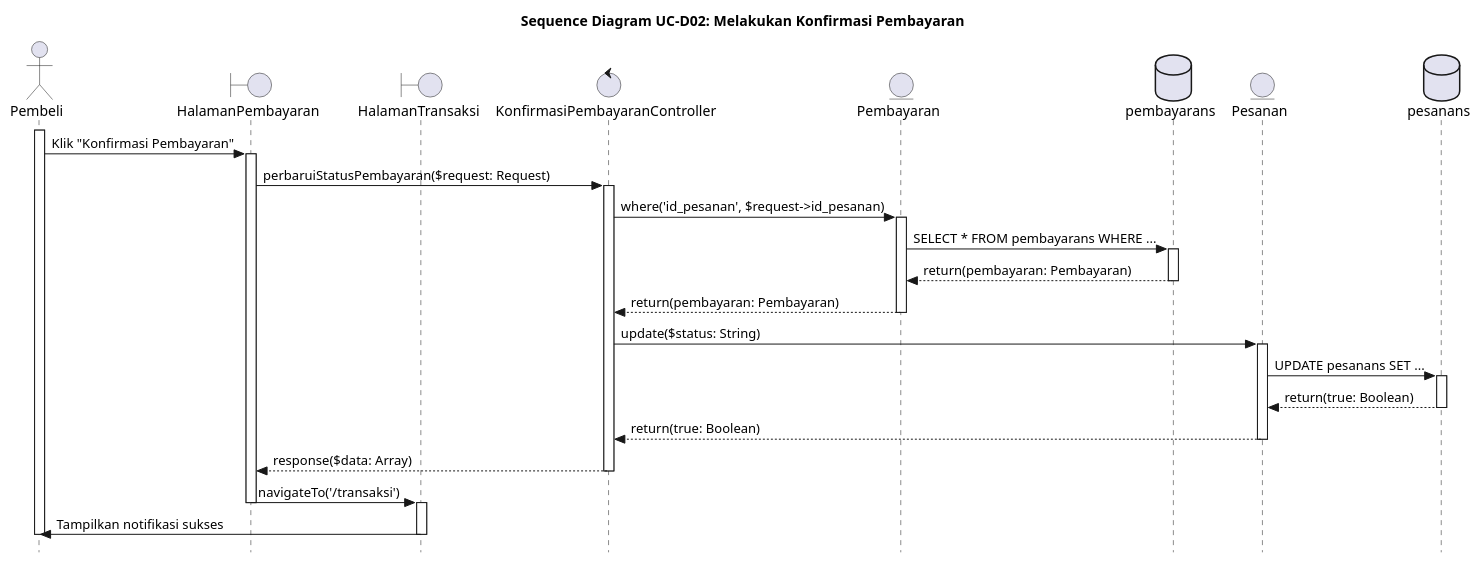
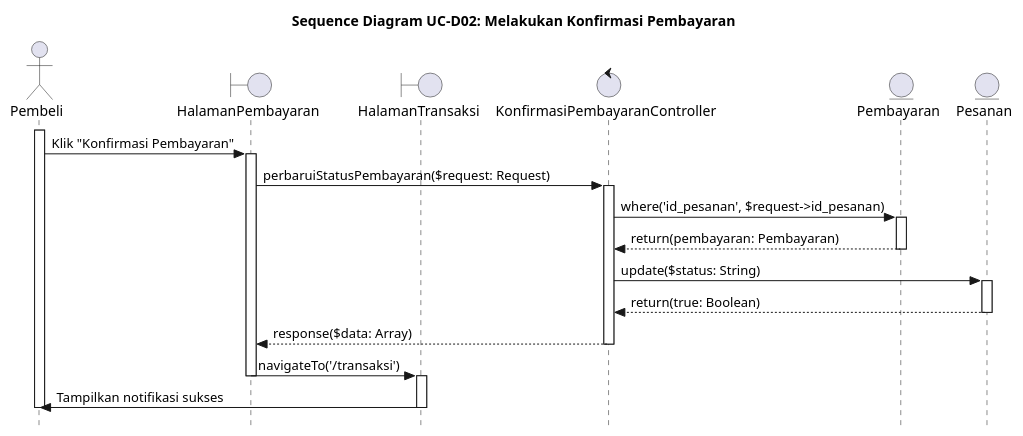
The diagram in UC-D02.PUML (alfiahnurfa/RSI-PROYEK-AKHIR-SEQUENCE), drawn with PlantUML before and after one commit. The commit also changed 29 other files, not shown here.

Commit message:
hapus aktor database dari semua sequence

```diff
--- a/UC-D02.PUML
+++ b/UC-D02.PUML
@@ -1,54 +1,42 @@
 @startuml SD-UC-D02_MelakukanKonfirmasiPembayaran
 title Sequence Diagram UC-D02: Melakukan Konfirmasi Pembayaran
 skinparam style strictuml
 
 actor Pembeli
 boundary HalamanPembayaran
 boundary HalamanTransaksi
 control KonfirmasiPembayaranController
 entity Pembayaran
-database pembayarans
 entity Pesanan
-database pesanans
 
 activate Pembeli
 Pembeli -> HalamanPembayaran : Klik "Konfirmasi Pembayaran"
 activate HalamanPembayaran
 
 HalamanPembayaran -> KonfirmasiPembayaranController : perbaruiStatusPembayaran($request: Request)
 activate KonfirmasiPembayaranController
 
 KonfirmasiPembayaranController -> Pembayaran : where('id_pesanan', $request->id_pesanan)
 activate Pembayaran
 
-Pembayaran -> pembayarans : SELECT * FROM pembayarans WHERE ...
-activate pembayarans
-pembayarans --> Pembayaran : return(pembayaran: Pembayaran)
-deactivate pembayarans
-
 Pembayaran --> KonfirmasiPembayaranController : return(pembayaran: Pembayaran)
 deactivate Pembayaran
 
 KonfirmasiPembayaranController -> Pesanan : update($status: String)
 activate Pesanan
-
-Pesanan -> pesanans : UPDATE pesanans SET ...
-activate pesanans
-pesanans --> Pesanan : return(true: Boolean)
-deactivate pesanans
 
 Pesanan --> KonfirmasiPembayaranController : return(true: Boolean)
 deactivate Pesanan
 
 KonfirmasiPembayaranController --> HalamanPembayaran : response($data: Array)
 deactivate KonfirmasiPembayaranController
 
 HalamanPembayaran -> HalamanTransaksi : navigateTo('/transaksi')
 deactivate HalamanPembayaran
 activate HalamanTransaksi
 
 HalamanTransaksi -> Pembeli : Tampilkan notifikasi sukses
 deactivate HalamanTransaksi
 deactivate Pembeli
 
 @enduml
```
